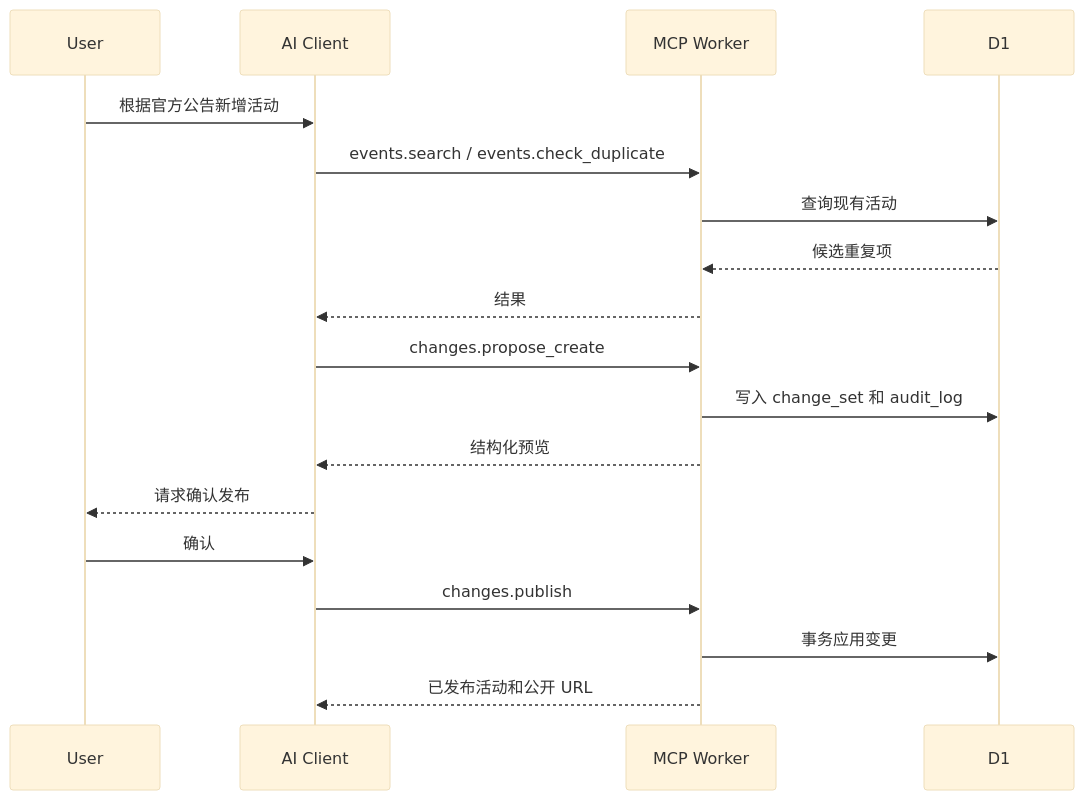
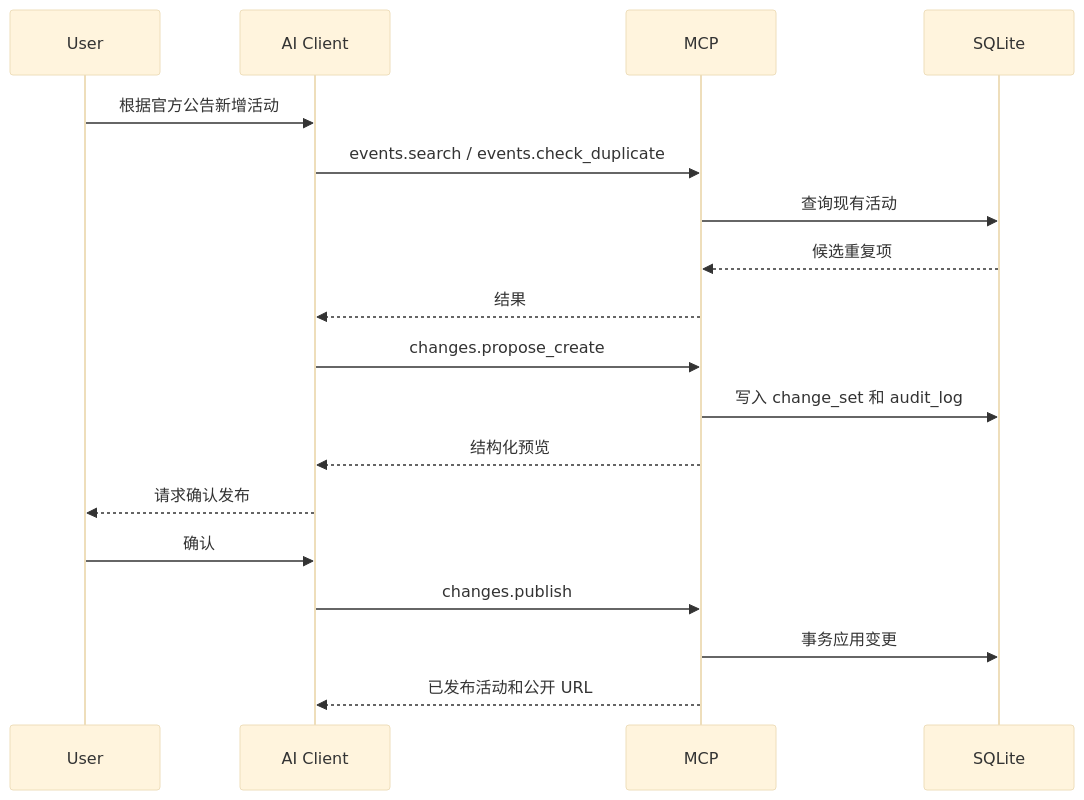
The third of 3 diagrams in docs/architecture.md (frip-fans/fripsi.de), drawn with Mermaid (base theme) before and after one commit. The commit also changed other lines of this file and 144 other files, not shown here.

````diff
--- a/docs/architecture.md
+++ b/docs/architecture.md
@@ -143,20 +148,20 @@
 ```mermaid
 sequenceDiagram
     participant U as User
     participant A as AI Client
-    participant M as MCP Worker
-    participant D as D1
+    participant M as MCP
+    participant D as SQLite
     U->>A: 根据官方公告新增活动
     A->>M: events.search / events.check_duplicate
     M->>D: 查询现有活动
     D-->>M: 候选重复项
     M-->>A: 结果
     A->>M: changes.propose_create
     M->>D: 写入 change_set 和 audit_log
     M-->>A: 结构化预览
     A-->>U: 请求确认发布
     U->>A: 确认
     A->>M: changes.publish
     M->>D: 事务应用变更
     M-->>A: 已发布活动和公开 URL
 ```
````
